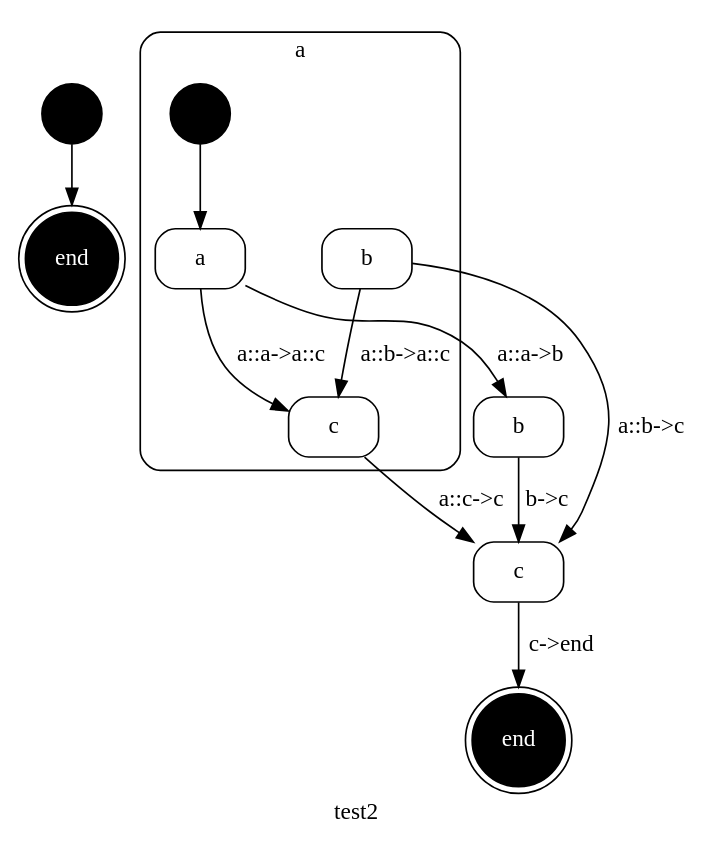
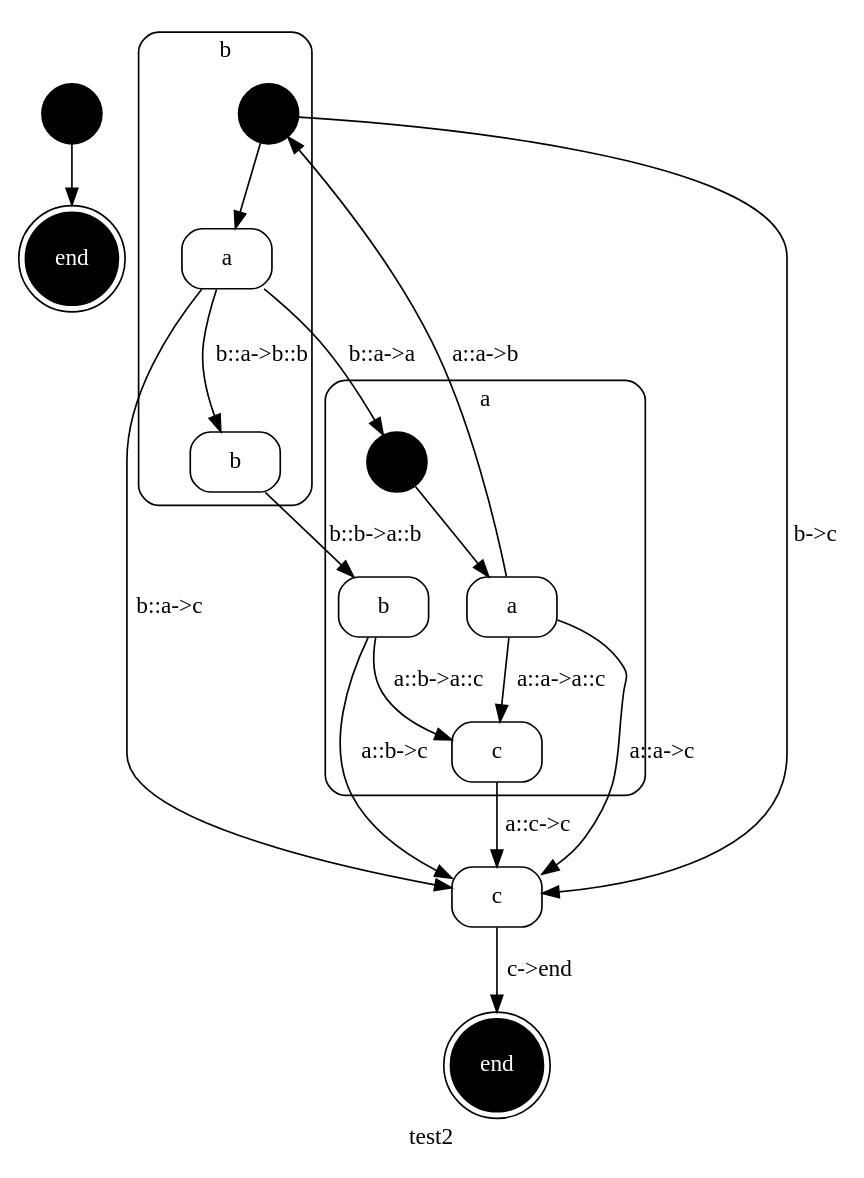
Before and after one commit to kstephens/red_steak: the diagram in example/red_steak-test2.dot, drawn with Graphviz. The commit also changed 18 other files, not shown here.

```diff
--- a/example/red_steak-test2.dot
+++ b/example/red_steak-test2.dot
@@ -1,61 +1,93 @@
 
 // {#<RedSteak::Statemachine test2>
 digraph x1 {
   label="test2"; 
   node [ shape="circle", label="", style=filled, fillcolor=black ] x1_START; 
 
 // #<RedSteak::State test2 a>
 
 // {#<RedSteak::Statemachine test2::a>
 subgraph cluster_x2 {
   label="a"; 
   shape="box"; 
   style="filled,rounded"; 
   fillcolor=white; 
   fontcolor=black; 
   node [ shape="circle", label="", style=filled, fillcolor=black ] x2_START; 
 
 // #<RedSteak::State test2::a a::a>
   node [ shape="box", label="a", style="filled,rounded", color=black, fillcolor=white, fontcolor=black ] x3;
 
 // #<RedSteak::State test2::a a::b>
   node [ shape="box", label="b", style="filled,rounded", color=black, fillcolor=white, fontcolor=black ] x4;
 
 // #<RedSteak::State test2::a a::c>
   node [ shape="box", label="c", style="filled,rounded", color=black, fillcolor=white, fontcolor=black ] x5;
 }
 // } #<RedSteak::Statemachine test2::a>
 
 // #<RedSteak::State test2 b>
-  node [ shape="box", label="b", style="filled,rounded", color=black, fillcolor=white, fontcolor=black ] x6;
+
+// {#<RedSteak::Statemachine test2::b>
+subgraph cluster_x6 {
+  label="b"; 
+  shape="box"; 
+  style="filled,rounded"; 
+  fillcolor=white; 
+  fontcolor=black; 
+  node [ shape="circle", label="", style=filled, fillcolor=black ] x6_START; 
+
+// #<RedSteak::State test2::b b::a>
+  node [ shape="box", label="a", style="filled,rounded", color=black, fillcolor=white, fontcolor=black ] x7;
+
+// #<RedSteak::State test2::b b::b>
+  node [ shape="box", label="b", style="filled,rounded", color=black, fillcolor=white, fontcolor=black ] x8;
+}
+// } #<RedSteak::Statemachine test2::b>
 
 // #<RedSteak::State test2 c>
-  node [ shape="box", label="c", style="filled,rounded", color=black, fillcolor=white, fontcolor=black ] x7;
+  node [ shape="box", label="c", style="filled,rounded", color=black, fillcolor=white, fontcolor=black ] x9;
 
 // #<RedSteak::State test2 end>
-  node [ shape="doublecircle", label="end", style="filled,rounded", color=black, fillcolor=black, fontcolor=white ] x8;
+  node [ shape="doublecircle", label="end", style="filled,rounded", color=black, fillcolor=black, fontcolor=white ] x10;
 
 // #<RedSteak::Transition test2 b->c b -> c>
-x6 -> x7 [ label="b->c", color=black, fontcolor=black ];
+x6_START -> x9 [ label="b->c", color=black, fontcolor=black ];
 
 // #<RedSteak::Transition test2 c->end c -> end>
-x7 -> x8 [ label="c->end", color=black, fontcolor=black ];
-x1_START -> x9;
+x9 -> x10 [ label="c->end", color=black, fontcolor=black ];
+x1_START -> x12;
 
 // #<RedSteak::Transition test2::a a::a->b a::a -> b>
-x3 -> x6 [ label="a::a->b", color=black, fontcolor=black ];
+x3 -> x6_START [ label="a::a->b", color=black, fontcolor=black ];
 
 // #<RedSteak::Transition test2::a a::a->a::c a::a -> a::c>
 x3 -> x5 [ label="a::a->a::c", color=black, fontcolor=black ];
 
+// #<RedSteak::Transition test2::a a::a->c a::a -> c>
+x3 -> x9 [ label="a::a->c", color=black, fontcolor=black ];
+
 // #<RedSteak::Transition test2::a a::b->c a::b -> c>
-x4 -> x7 [ label="a::b->c", color=black, fontcolor=black ];
+x4 -> x9 [ label="a::b->c", color=black, fontcolor=black ];
 
 // #<RedSteak::Transition test2::a a::b->a::c a::b -> a::c>
 x4 -> x5 [ label="a::b->a::c", color=black, fontcolor=black ];
 
 // #<RedSteak::Transition test2::a a::c->c a::c -> c>
-x5 -> x7 [ label="a::c->c", color=black, fontcolor=black ];
+x5 -> x9 [ label="a::c->c", color=black, fontcolor=black ];
 x2_START -> x3;
+
+// #<RedSteak::Transition test2::b b::a->a b::a -> a>
+x7 -> x2_START [ label="b::a->a", color=black, fontcolor=black ];
+
+// #<RedSteak::Transition test2::b b::a->c b::a -> c>
+x7 -> x9 [ label="b::a->c", color=black, fontcolor=black ];
+
+// #<RedSteak::Transition test2::b b::a->b::b b::a -> b::b>
+x7 -> x8 [ label="b::a->b::b", color=black, fontcolor=black ];
+
+// #<RedSteak::Transition test2::b b::b->a::b b::b -> a::b>
+x8 -> x4 [ label="b::b->a::b", color=black, fontcolor=black ];
+x6_START -> x7;
 }
 // } #<RedSteak::Statemachine test2>
```
